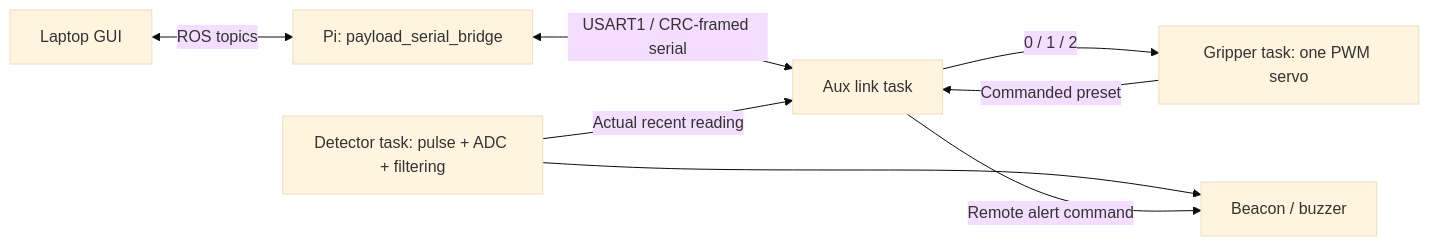
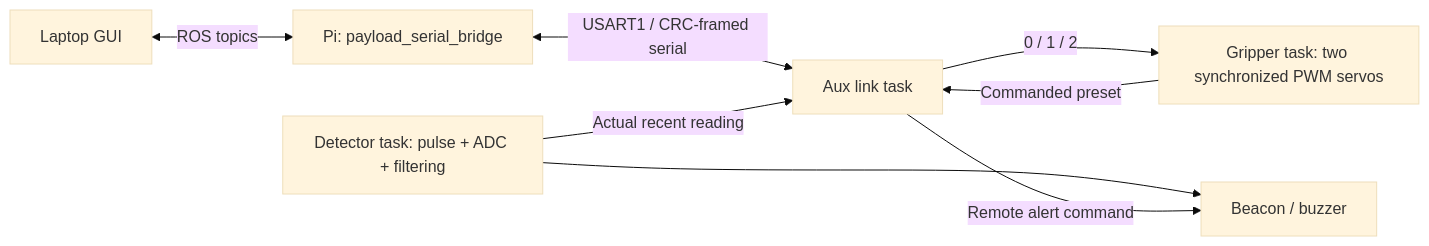
One commit to saifelden1/MineSweepr-Aux changed the diagram in SYSTEM_ARCHITECTURE.md. Above: the diagram before and after it, drawn with Mermaid (base theme). The commit also changed other lines of this file and 2 other files, not shown here.

Commit message:
Document paired servos and pending manual hardware acceptance

````diff
--- a/SYSTEM_ARCHITECTURE.md
+++ b/SYSTEM_ARCHITECTURE.md
@@ -7,10 +7,10 @@
 ```mermaid
 flowchart LR
     GUI["Laptop GUI"] <-->|"ROS topics"| PI["Pi: payload_serial_bridge"]
     PI <-->|"USART1 / CRC-framed serial"| LINK["Aux link task"]
-    LINK -->|"0 / 1 / 2"| GRIP["Gripper task: one PWM servo"]
+    LINK -->|"0 / 1 / 2"| GRIP["Gripper task: two synchronized PWM servos"]
     DET["Detector task: pulse + ADC + filtering"] -->|"Actual recent reading"| LINK
     GRIP -->|"Commanded preset"| LINK
     DET --> ALERT["Beacon / buzzer"]
     LINK -->|"Remote alert command"| ALERT
 ```
````
